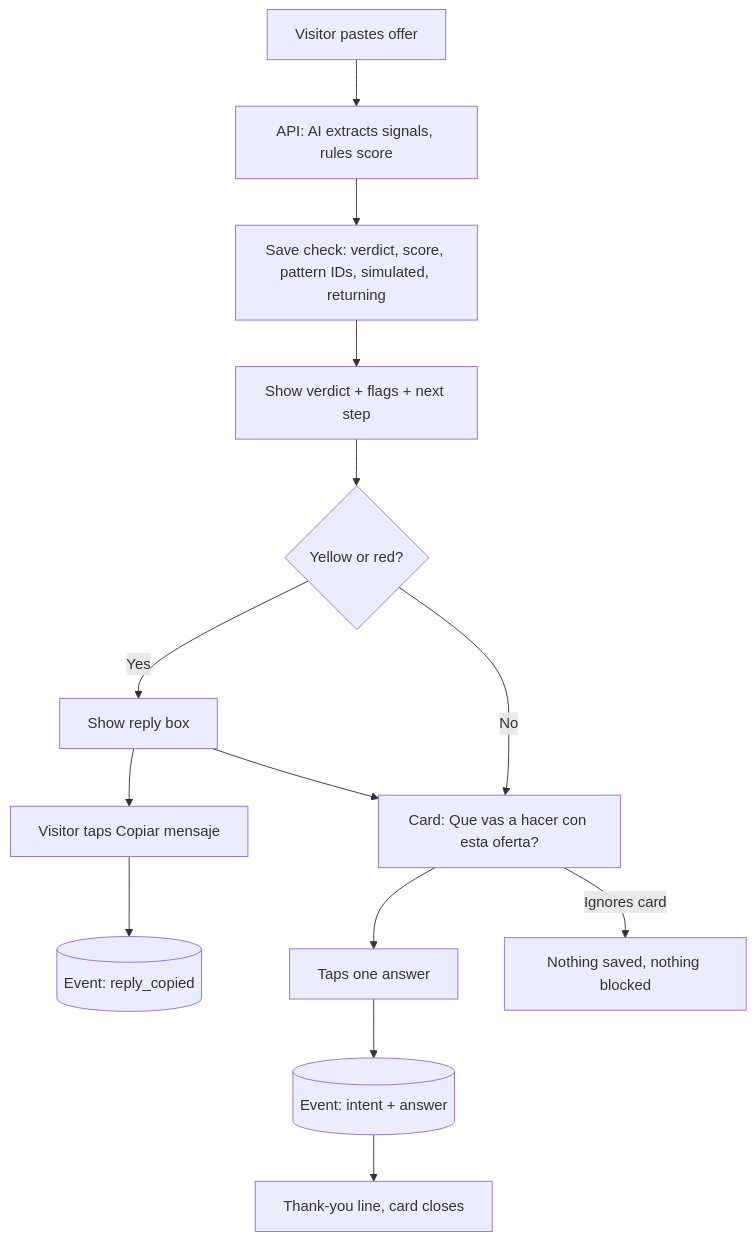
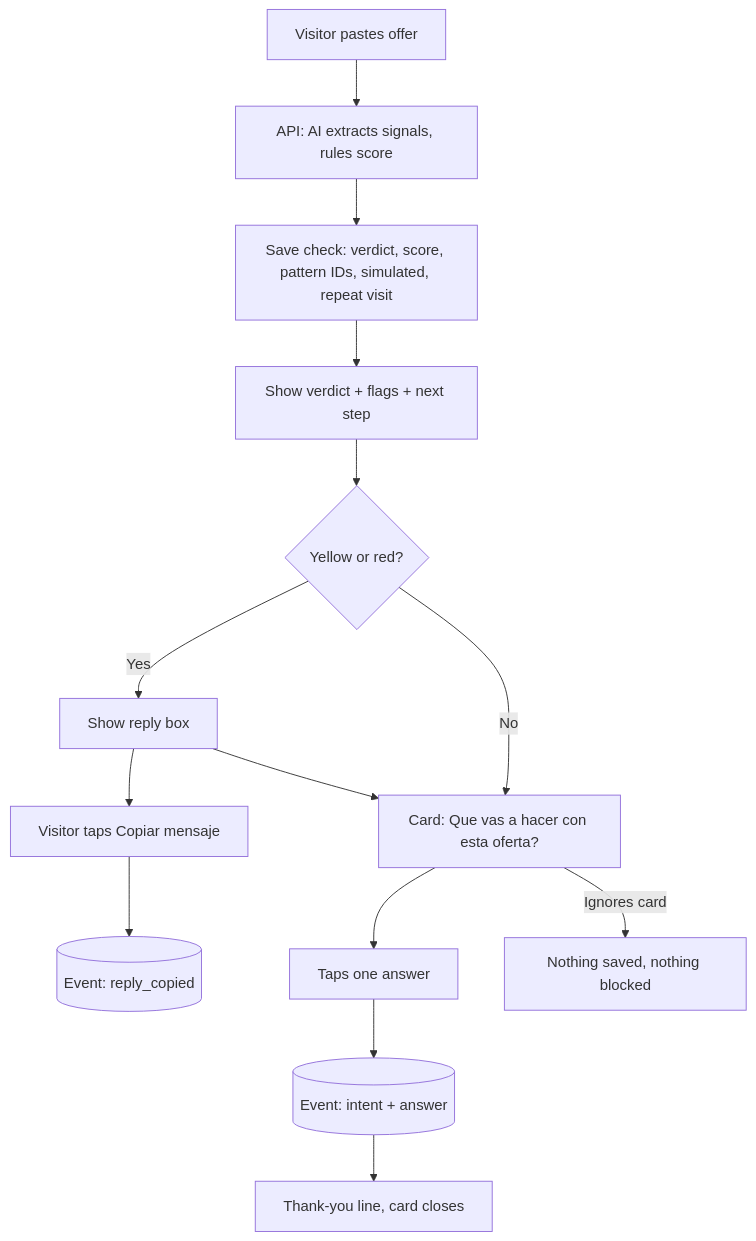
One commit to rafapieck/lupa changed the first of 2 diagrams in docs/PACKET.md. Above: the diagram before and after it, drawn with Mermaid. The commit also changed other lines of this file and 2 other files, not shown here.

First line of the commit message:
feat(db): check ids, repeat_visit flag and insert-only check_events

````diff
--- a/docs/PACKET.md
+++ b/docs/PACKET.md
@@ -40,16 +40,16 @@
 ```mermaid
 flowchart TD
   A[Visitor pastes offer] --> B[API: AI extracts signals, rules score]
-  B --> C[Save check: verdict, score, pattern IDs, simulated, returning]
+  B --> C[Save check: verdict, score, pattern IDs, simulated, repeat visit]
   C --> D[Show verdict + flags + next step]
   D --> E{Yellow or red?}
   E -- Yes --> F[Show reply box]
   F --> G[Visitor taps Copiar mensaje]
   G --> H[(Event: reply_copied)]
   E -- No --> I
   F --> I[Card: Que vas a hacer con esta oferta?]
   I --> J[Taps one answer]
   J --> K[(Event: intent + answer)]
   K --> L[Thank-you line, card closes]
   I -- Ignores card --> M[Nothing saved, nothing blocked]
 ```
````
